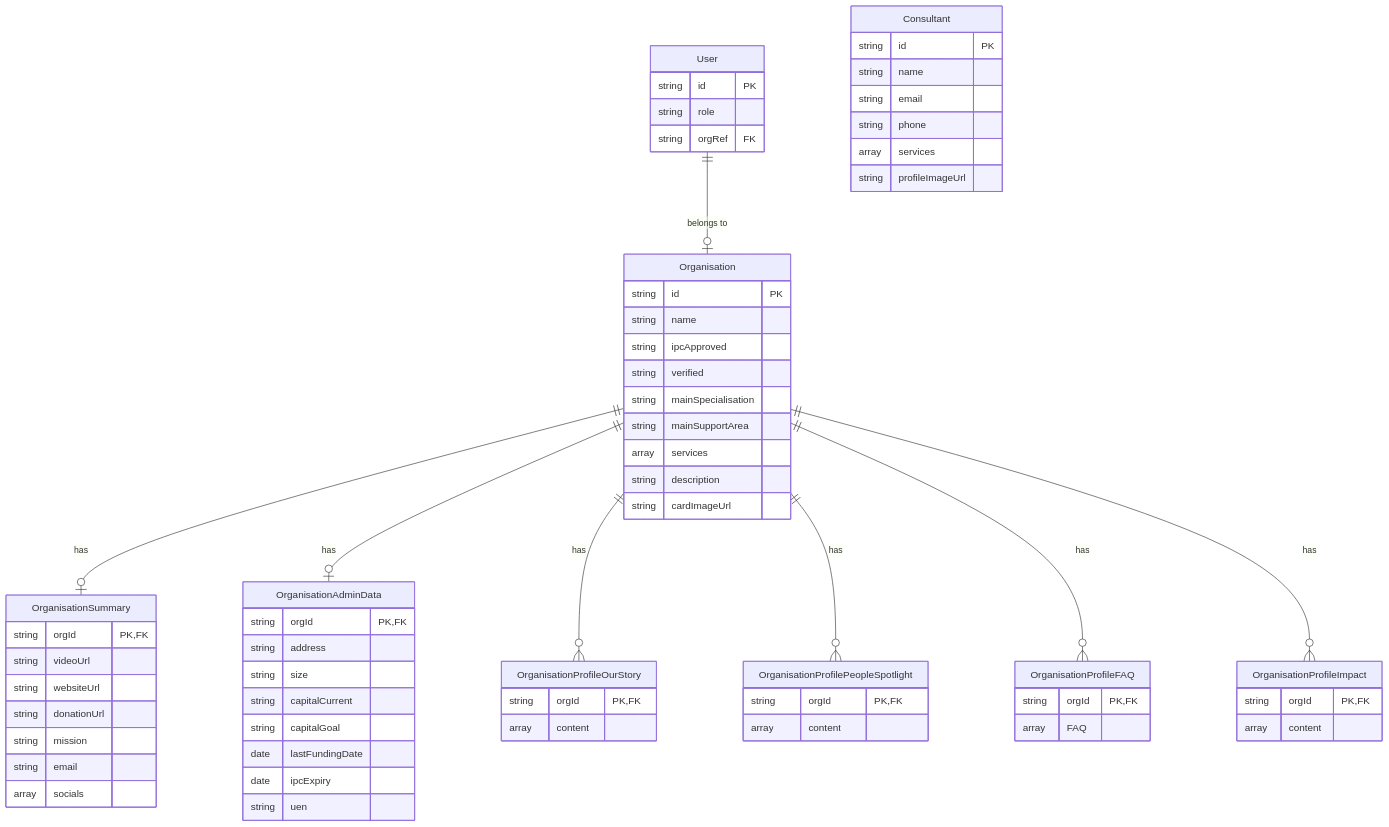
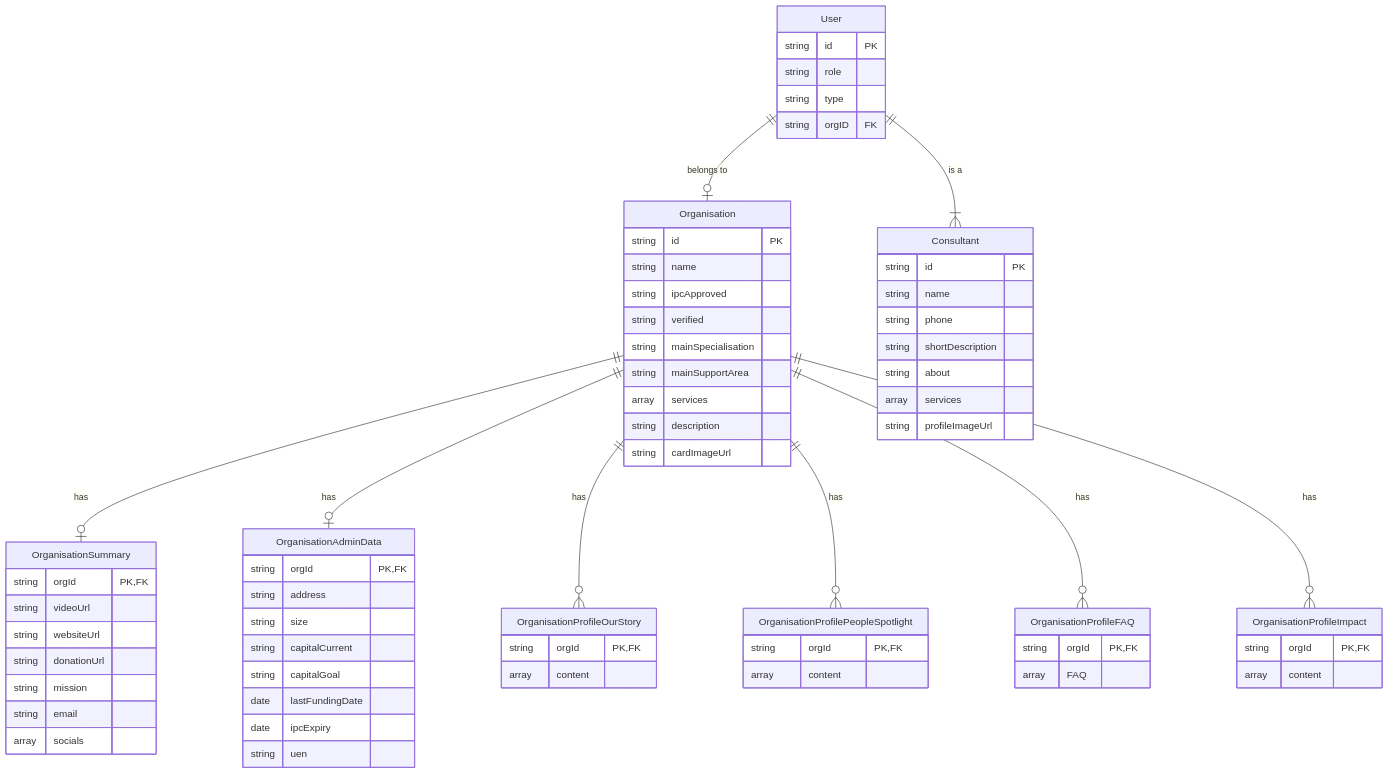
The diagram in src/data/Model/data-model.md (bettersg/Mendisphere), drawn with Mermaid before and after one commit. The commit also changed other lines of this file and 33 other files, not shown here.

````diff
--- a/src/data/Model/data-model.md
+++ b/src/data/Model/data-model.md
@@ -5,78 +5,81 @@
 ```mermaid
 erDiagram
     User ||--o| Organisation : "belongs to"
+    User ||--|{ Consultant : "is a"
     Organisation ||--o| OrganisationSummary : "has"
     Organisation ||--o| OrganisationAdminData : "has"
     Organisation ||--o{ OrganisationProfileOurStory : "has"
     Organisation ||--o{ OrganisationProfilePeopleSpotlight : "has"
     Organisation ||--o{ OrganisationProfileFAQ : "has"
     Organisation ||--o{ OrganisationProfileImpact : "has"
     
     User {
         string id PK
         string role
-        string orgRef FK
+        string type
+        string orgID FK
+    }
+    
+    Consultant {
+        string id PK
+        string name
+        string phone
+        string shortDescription
+        string about
+        array services
+        string profileImageUrl
     }
     
     Organisation {
         string id PK
         string name
         string ipcApproved
         string verified
         string mainSpecialisation
         string mainSupportArea
         array services
         string description
         string cardImageUrl
     }
     
     OrganisationSummary {
         string orgId PK,FK
         string videoUrl
         string websiteUrl
         string donationUrl
         string mission
         string email
         array socials
     }
     
     OrganisationAdminData {
         string orgId PK,FK
         string address
         string size
         string capitalCurrent
         string capitalGoal
         date lastFundingDate
         date ipcExpiry
         string uen
     }
     
     OrganisationProfileOurStory {
         string orgId PK,FK
         array content
     }
     
     OrganisationProfilePeopleSpotlight {
         string orgId PK,FK
         array content
     }
     
     OrganisationProfileFAQ {
         string orgId PK,FK
         array FAQ
     }
     
     OrganisationProfileImpact {
         string orgId PK,FK
         array content
     }
-    
-    Consultant {
-        string id PK
-        string name
-        string email
-        string phone
-        array services
-        string profileImageUrl
-    }
 ```
````
